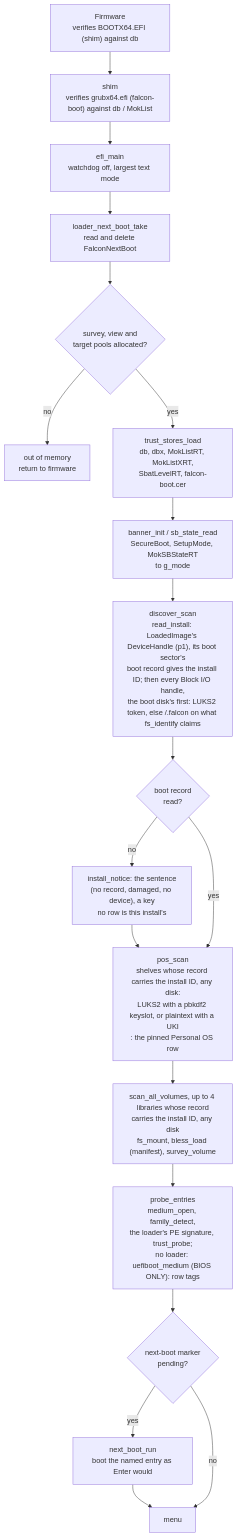
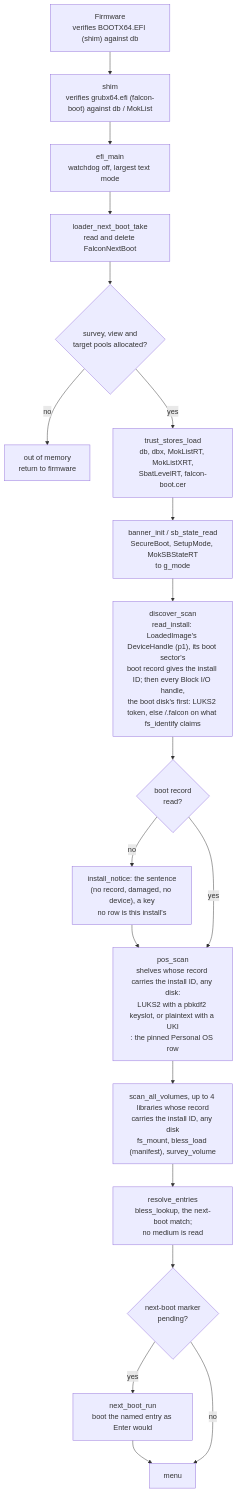
Before and after one commit to vifair22/falcon-boot: the first of 24 diagrams in docs/DESIGN.md, drawn with Mermaid. The commit also changed other lines of this file and 27 other files, not shown here.

First line of the commit message:
Tag what a BIOS machine cannot boot, and probe menu rows lazily

````diff
--- a/docs/DESIGN.md
+++ b/docs/DESIGN.md
@@ -2780,21 +2848,21 @@
 ```mermaid
 flowchart TD
     FW["Firmware<br/>verifies BOOTX64.EFI (shim) against db"] --> SHIM["shim<br/>verifies grubx64.efi (falcon-boot) against db / MokList"]
     SHIM --> MAIN["efi_main<br/>watchdog off, largest text mode"]
     MAIN --> NB["loader_next_boot_take<br/>read and delete FalconNextBoot"]
     NB --> POOLS{"survey, view and<br/>target pools allocated?"}
     POOLS -- no --> OOM["out of memory<br/>return to firmware"]
     POOLS -- yes --> TRUST["trust_stores_load<br/>db, dbx, MokListRT, MokListXRT,<br/>SbatLevelRT, falcon-boot.cer"]
     TRUST --> SB["banner_init / sb_state_read<br/>SecureBoot, SetupMode, MokSBStateRT<br/>to g_mode"]
     SB --> DISC["discover_scan<br/>read_install: LoadedImage's DeviceHandle (p1), its boot sector's<br/>boot record gives the install ID; then every Block I/O handle,<br/>the boot disk's first: LUKS2 token, else /.falcon on what fs_identify claims"]
     DISC --> ID{"boot record<br/>read?"}
     ID -- no --> NOTE["install_notice: the sentence<br/>(no record, damaged, no device), a key<br/>no row is this install's"]
     NOTE --> POSS
     ID -- yes --> POSS["pos_scan<br/>shelves whose record carries the install ID, any disk:<br/>LUKS2 with a pbkdf2 keyslot, or plaintext with a UKI<br/>: the pinned Personal OS row"]
     POSS --> VOLS["scan_all_volumes, up to 4 libraries whose record<br/>carries the install ID, any disk<br/>fs_mount, bless_load (manifest), survey_volume"]
-    VOLS --> PROBE["probe_entries<br/>medium_open, family_detect,<br/>the loader's PE signature, trust_probe;<br/>no loader: uefiboot_medium (BIOS ONLY): row tags"]
+    VOLS --> PROBE["resolve_entries<br/>bless_lookup, the next-boot match;<br/>no medium is read"]
     PROBE --> PEND{"next-boot marker<br/>pending?"}
     PEND -- yes --> NBR["next_boot_run<br/>boot the named entry as Enter would"]
     NBR --> MENU
     PEND -- no --> MENU["menu"]
 ```
````
